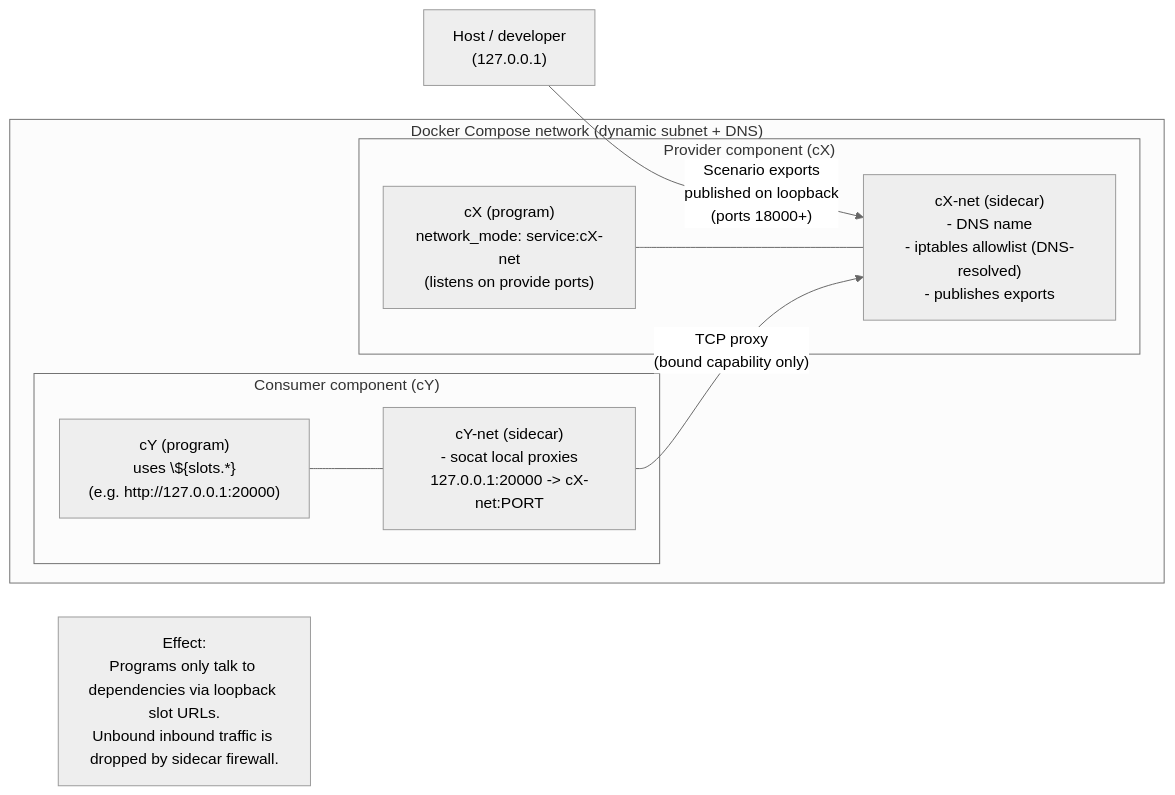
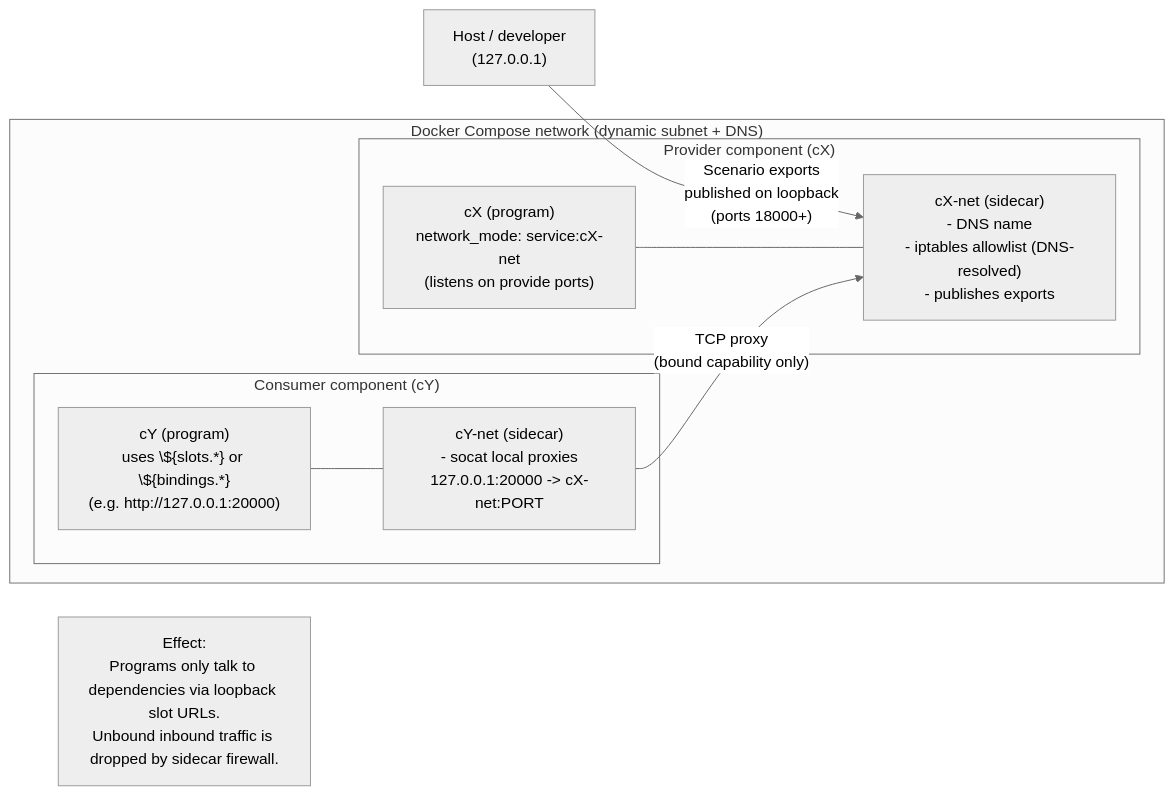
The fourth of 4 diagrams in README.md (RDI-Foundation/amber), drawn with Mermaid (neutral theme) before and after one commit. The commit also changed other lines of this file and 10 other files, not shown here.

````diff
--- a/README.md
+++ b/README.md
@@ -99,22 +99,22 @@
 ```mermaid
 flowchart LR
   Host["Host / developer<br/>(127.0.0.1)"] -->|"Scenario exports<br/>published on loopback<br/>(ports 18000+)"| SidecarP
 
   subgraph Mesh["Docker Compose network (dynamic subnet + DNS)"]
     subgraph Provider["Provider component (cX)"]
       SidecarP["cX-net (sidecar)<br/>- DNS name<br/>- iptables allowlist (DNS-resolved)<br/>- publishes exports"]
       ProgP["cX (program)<br/>network_mode: service:cX-net<br/>(listens on provide ports)"]
       ProgP --- SidecarP
     end
 
     subgraph Consumer["Consumer component (cY)"]
       SidecarC["cY-net (sidecar)<br/>- socat local proxies<br/>127.0.0.1:20000 -> cX-net:PORT"]
-      ProgC["cY (program)<br/>uses \${slots.*}<br/>(e.g. http://127.0.0.1:20000)"]
+      ProgC["cY (program)<br/>uses \${slots.*} or \${bindings.*}<br/>(e.g. http://127.0.0.1:20000)"]
       ProgC --- SidecarC
     end
 
     SidecarC -->|"TCP proxy<br/>(bound capability only)"| SidecarP
   end
 
   Note["Effect:<br/>Programs only talk to dependencies via loopback slot URLs.<br/>Unbound inbound traffic is dropped by sidecar firewall."]
 ```
````
